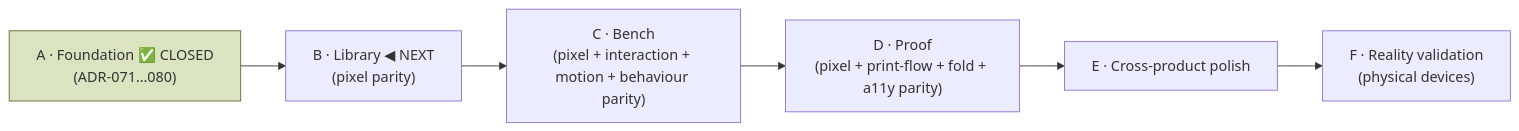
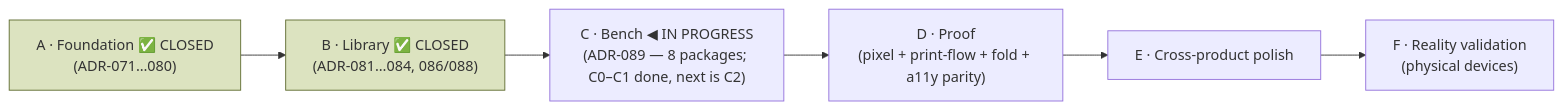
The diagram in docs/COMPOSE-V2-ROADMAP.md (aritr-codes/zinely-android), drawn with Mermaid before and after one commit. The commit also changed other lines of this file and 389 other files, not shown here.

````diff
--- a/docs/COMPOSE-V2-ROADMAP.md
+++ b/docs/COMPOSE-V2-ROADMAP.md
@@ -34,9 +35,10 @@
 ```mermaid
 flowchart LR
-    A["A · Foundation ✅ CLOSED\n(ADR-071…080)"] --> B["B · Library ◀ NEXT\n(pixel parity)"]
-    B --> C["C · Bench\n(pixel + interaction + motion + behaviour parity)"]
+    A["A · Foundation ✅ CLOSED\n(ADR-071…080)"] --> B["B · Library ✅ CLOSED\n(ADR-081…084, 086/088)"]
+    B --> C["C · Bench ◀ IN PROGRESS\n(ADR-089 — 8 packages; C0–C1 done, next is C2)"]
     C --> D["D · Proof\n(pixel + print-flow + fold + a11y parity)"]
     D --> E["E · Cross-product polish"]
     E --> F["F · Reality validation\n(physical devices)"]
     style A fill:#DCE3C0,stroke:#5E6B2F
+    style B fill:#DCE3C0,stroke:#5E6B2F
 ```
````
